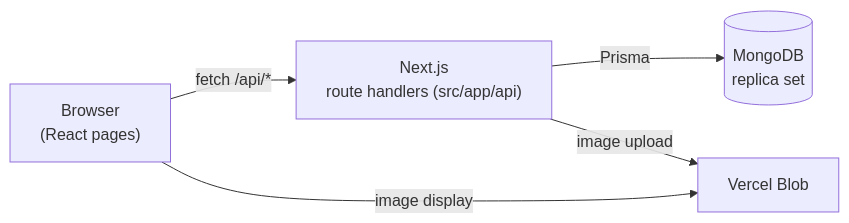
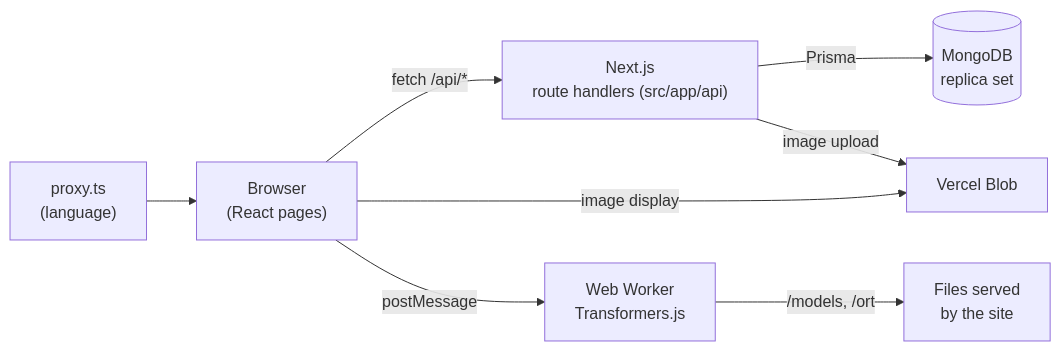
Before and after one commit to Alexandre-git-SDV/Projet-Blog-Pattes-Douces: the first of 2 diagrams in README.md, drawn with Mermaid. The commit also changed other lines of this file and 1 other file, not shown here.

````diff
--- a/README.md
+++ b/README.md
@@ -181,7 +220,10 @@
 ```mermaid
 flowchart LR
-    B["Browser<br/>(React pages)"] -- "fetch /api/*" --> A["Next.js<br/>route handlers (src/app/api)"]
+    P["proxy.ts<br/>(language)"] --> B["Browser<br/>(React pages)"]
+    B -- "fetch /api/*" --> A["Next.js<br/>route handlers (src/app/api)"]
     A -- Prisma --> M[("MongoDB<br/>replica set")]
     A -- "image upload" --> V["Vercel Blob"]
     B -- "image display" --> V
+    B -- "postMessage" --> W["Web Worker<br/>Transformers.js"]
+    W -- "/models, /ort" --> S["Files served<br/>by the site"]
 ```
````
